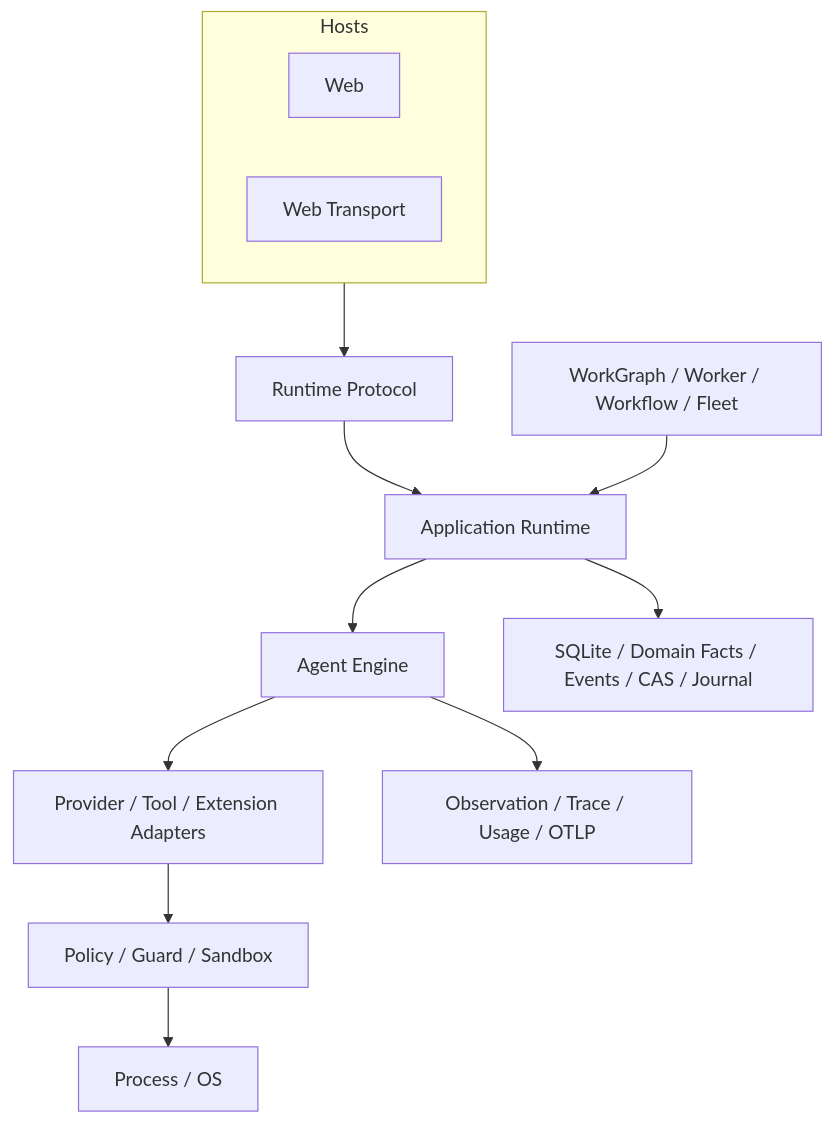
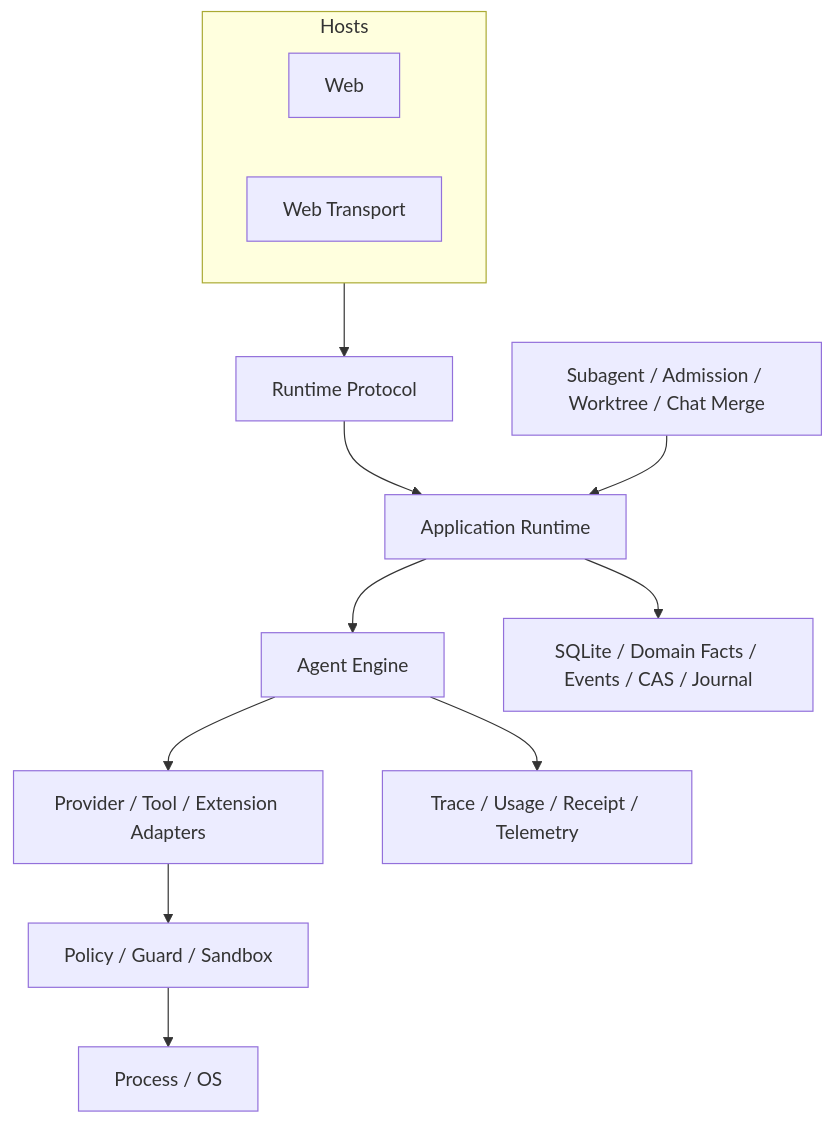
One commit to fwtllh-png/CodeHelper changed the diagram in docs/book/zh-CN/02-codehelper-overview/02-system-architecture.md. Above: the diagram before and after it, drawn with Mermaid. The commit also changed other lines of this file and 381 other files, not shown here.

````diff
--- a/docs/book/zh-CN/02-codehelper-overview/02-system-architecture.md
+++ b/docs/book/zh-CN/02-codehelper-overview/02-system-architecture.md
@@ -75,22 +75,22 @@
 ```mermaid
 flowchart TB
     subgraph Hosts
       UI[Web]
       API[Web Transport]
     end
     P[Runtime Protocol]
     APP[Application Runtime]
     ENG[Agent Engine]
     ADP[Provider / Tool / Extension Adapters]
     SEC[Policy / Guard / Sandbox]
-    ORC[WorkGraph / Worker / Workflow / Fleet]
+    ORC[Subagent / Admission / Worktree / Chat Merge]
     PER[SQLite / Domain Facts / Events / CAS / Journal]
-    OBS[Observation / Trace / Usage / OTLP]
+    OBS[Trace / Usage / Receipt / Telemetry]
     PLT[Process / OS]
     Hosts --> P --> APP --> ENG
     ENG --> ADP
     ADP --> SEC --> PLT
     APP --> PER
     ENG --> OBS
     ORC --> APP
 ```
````
